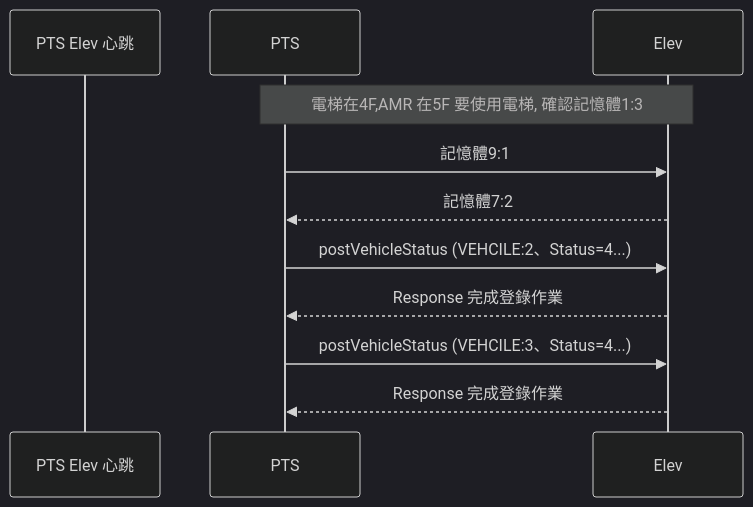
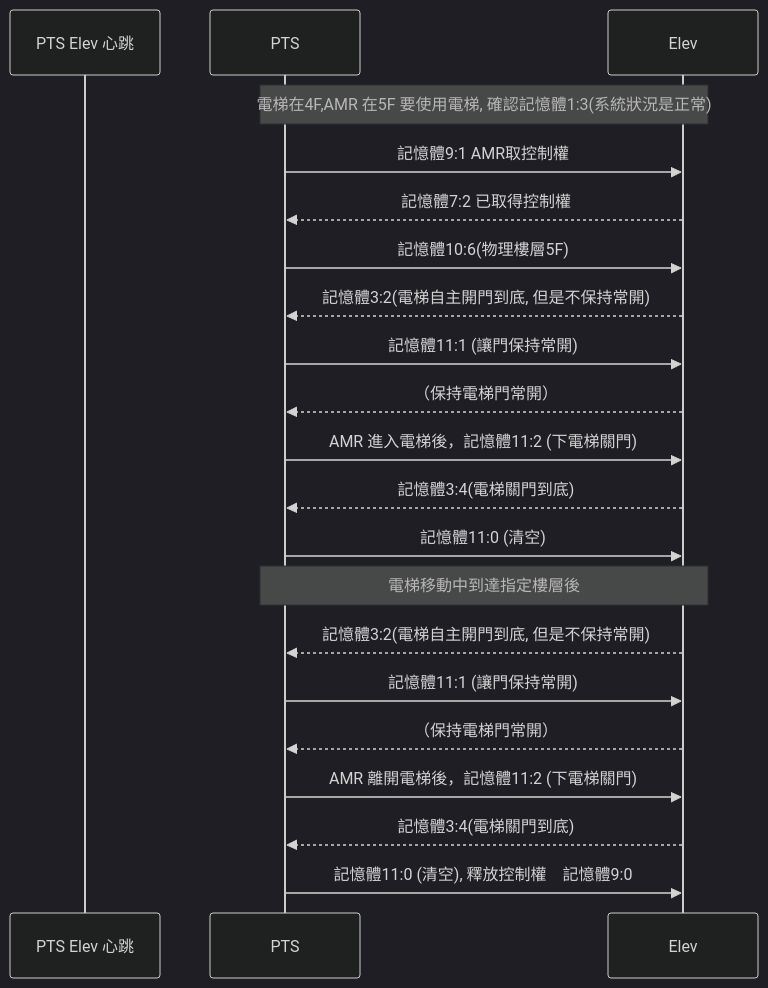
The second of 2 diagrams in README.md (athena-tircgo/amr-elev-Zhunan), drawn with Mermaid (dark theme) before and after one commit.

````diff
--- a/README.md
+++ b/README.md
@@ -23,16 +23,26 @@
 ```mermaid
 sequenceDiagram
 
     participant PTS Elev 心跳
     participant PTS
     participant Elev
 
- note over PTS,Elev: 電梯在4F,AMR 在5F 要使用電梯, 確認記憶體1:3  
-        PTS->>Elev:記憶體9:1
-        Elev-->>PTS: 記憶體7:2
-        PTS->>Elev: postVehicleStatus (VEHCILE:2、Status=4...)
-        Elev-->>PTS: Response 完成登錄作業
-        PTS->>Elev: postVehicleStatus (VEHCILE:3、Status=4...)
-        Elev-->>PTS: Response 完成登錄作業
-
+ note over PTS,Elev: 電梯在4F,AMR 在5F 要使用電梯, 確認記憶體1:3(系統狀況是正常)
+        PTS->>Elev:記憶體9:1 AMR取控制權
+        Elev-->>PTS: 記憶體7:2 已取得控制權
+        PTS->>Elev: 記憶體10:6(物理樓層5F)
+        Elev-->>PTS: 記憶體3:2(電梯自主開門到底, 但是不保持常開)
+        PTS->>Elev: 記憶體11:1 (讓門保持常開)
+        Elev-->>PTS:（保持電梯門常開）　　
+        PTS->>Elev: AMR 進入電梯後，記憶體11:2 (下電梯關門)
+        Elev-->>PTS: 記憶體3:4(電梯關門到底)
+        PTS->>Elev: 記憶體11:0 (清空)
+ note over PTS,Elev: 電梯移動中到達指定樓層後
+　　　　　Elev-->>PTS: 記憶體3:2(電梯自主開門到底, 但是不保持常開)
+        PTS->>Elev: 記憶體11:1 (讓門保持常開)
+        Elev-->>PTS:（保持電梯門常開）　　
+        PTS->>Elev: AMR 離開電梯後，記憶體11:2 (下電梯關門)
+        Elev-->>PTS: 記憶體3:4(電梯關門到底)
+        PTS->>Elev: 記憶體11:0 (清空), 釋放控制權　記憶體9:0
+　　　　　
 ```
````
